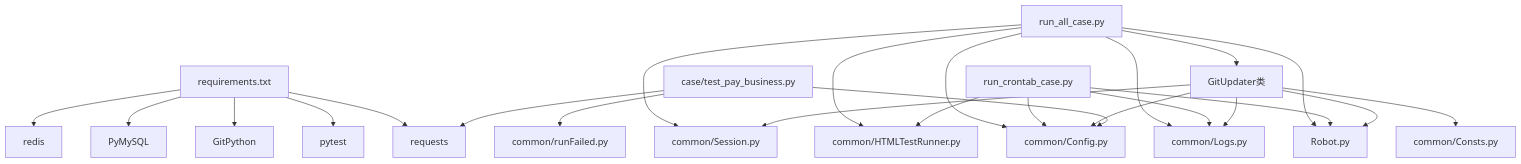
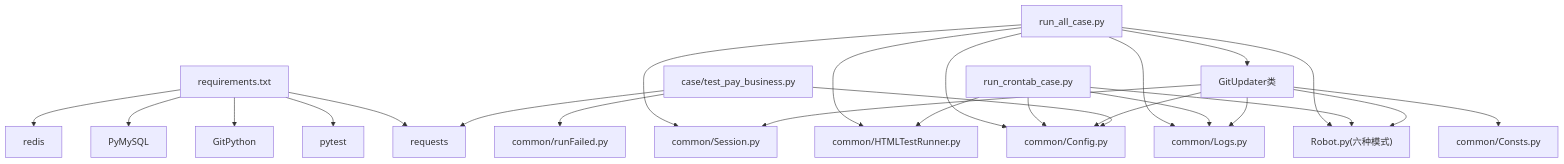
Diagram 12 of 12 in .qoder/repowiki/zh/content/自动化与CI_CD.md (liximing1-ola/qa-payTest), drawn with Mermaid before and after one commit. The commit also changed other lines of this file and 3 other files, not shown here.

````diff
--- a/.qoder/repowiki/zh/content/自动化与CI_CD.md
+++ b/.qoder/repowiki/zh/content/自动化与CI_CD.md
@@ -467,26 +461,26 @@
 ```mermaid
 graph TB
 REQ["requirements.txt"] --> PYTEST["pytest"]
 REQ --> GITPY["GitPython"]
 REQ --> REQMOD["requests"]
 REQ --> MYSQL["PyMySQL"]
 REQ --> REDIS["redis"]
 RUNALL["run_all_case.py"] --> GITUPDATER["GitUpdater类"]
 RUNALL --> HTML["common/HTMLTestRunner.py"]
-RUNALL --> ROBOT["Robot.py"]
+RUNALL --> ROBOT["Robot.py(六种模式)"]
 RUNALL --> LOGS["common/Logs.py"]
 RUNALL --> CONF["common/Config.py"]
 RUNALL --> SESSION["common/Session.py"]
 RUNCRT["run_crontab_case.py"] --> HTML
 RUNCRT --> ROBOT
 RUNCRT --> LOGS
 RUNCRT --> CONF
 GITUPDATER --> CONF
 GITUPDATER --> SESSION
 GITUPDATER --> LOGS
 GITUPDATER --> CONSTS["common/Consts.py"]
 GITUPDATER --> ROBOT
 TESTCASE["case/test_pay_business.py"] --> RETRY["common/runFailed.py"]
 TESTCASE --> CONF
 TESTCASE --> REQMOD
 ```
````
